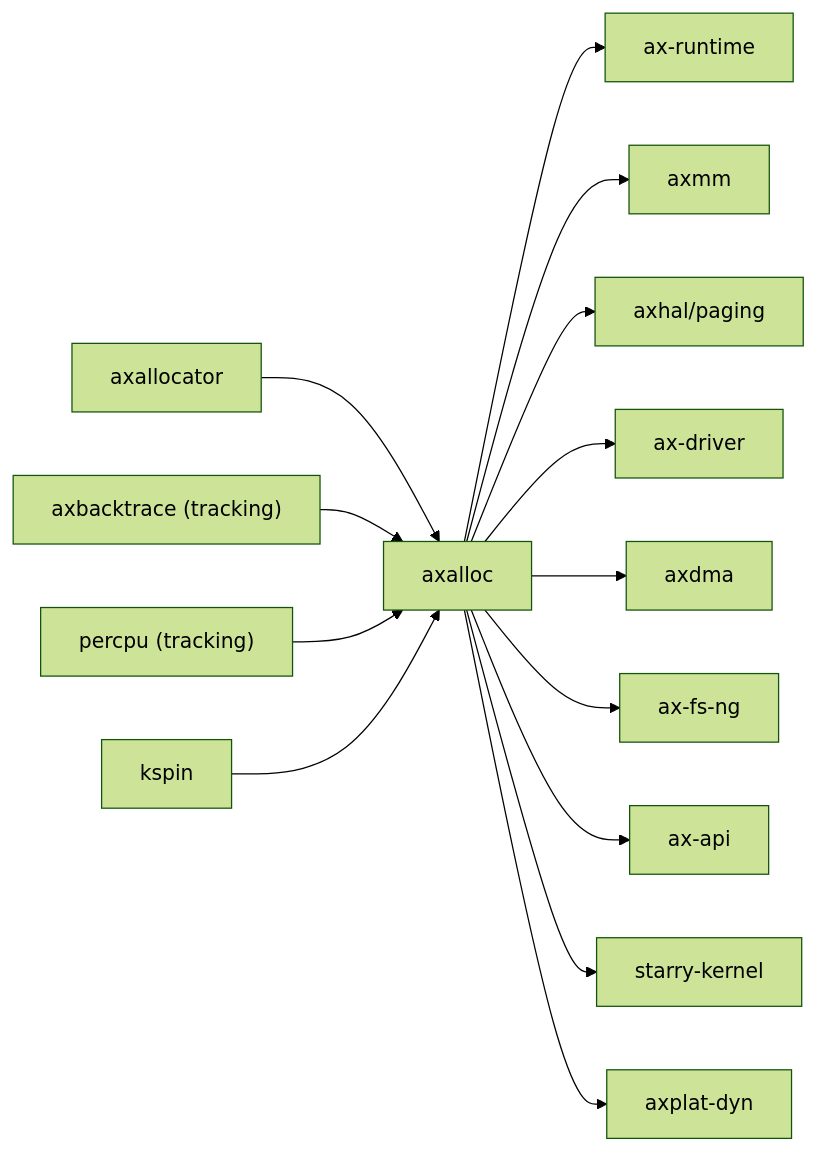
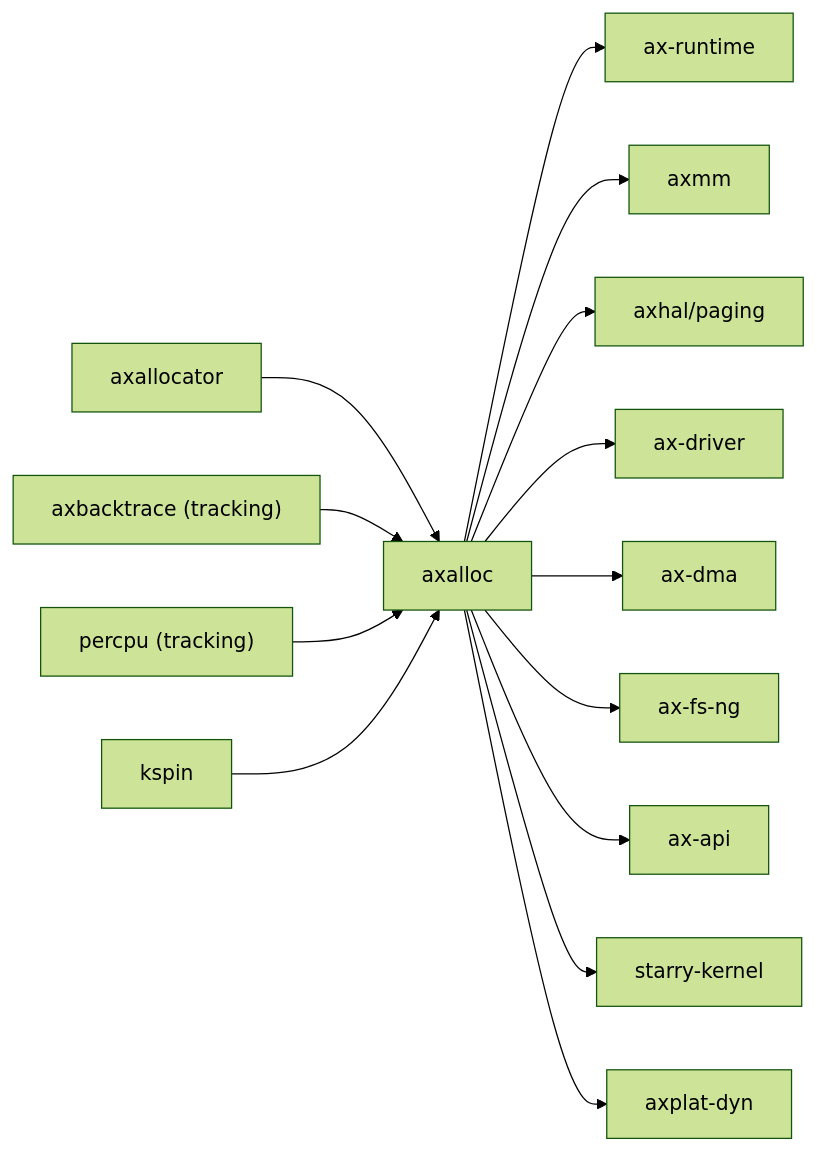
One commit to zKurisu/tgoskits changed the second of 2 diagrams in docs/crates/axalloc.md. Above: the diagram before and after it, drawn with Mermaid (forest theme). The commit also changed other lines of this file and 31 other files, not shown here.

Commit message:
rename axdma to ax-dma

````diff
--- a/docs/crates/axalloc.md
+++ b/docs/crates/axalloc.md
@@ -82,17 +82,17 @@
 ```mermaid
 graph LR
     axallocator["axallocator"] --> axalloc["axalloc"]
     axbacktrace["axbacktrace (tracking)"] --> axalloc
     percpu["percpu (tracking)"] --> axalloc
     kspin["kspin"] --> axalloc
 
     axalloc --> ax-runtime["ax-runtime"]
     axalloc --> axmm["axmm"]
     axalloc --> axhal["axhal/paging"]
     axalloc --> ax-driver["ax-driver"]
-    axalloc --> axdma["axdma"]
+    axalloc --> ax_dma["ax-dma"]
     axalloc --> axfsng["ax-fs-ng"]
     axalloc --> ax-api["ax-api"]
     axalloc --> starry_kernel["starry-kernel"]
     axalloc --> axplat_dyn["axplat-dyn"]
 ```
````
